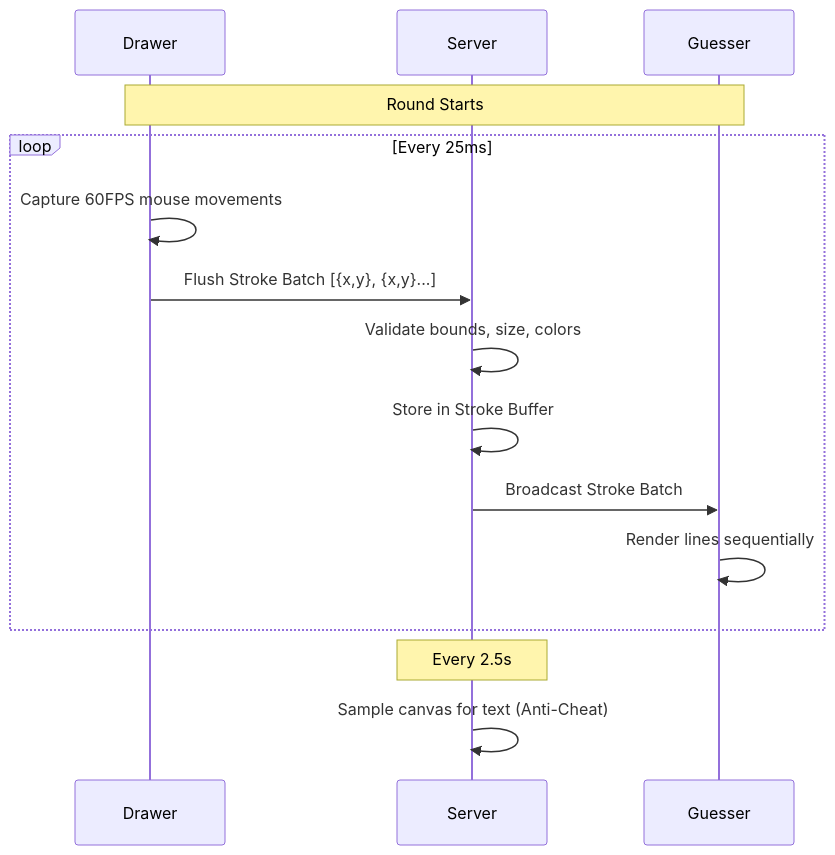
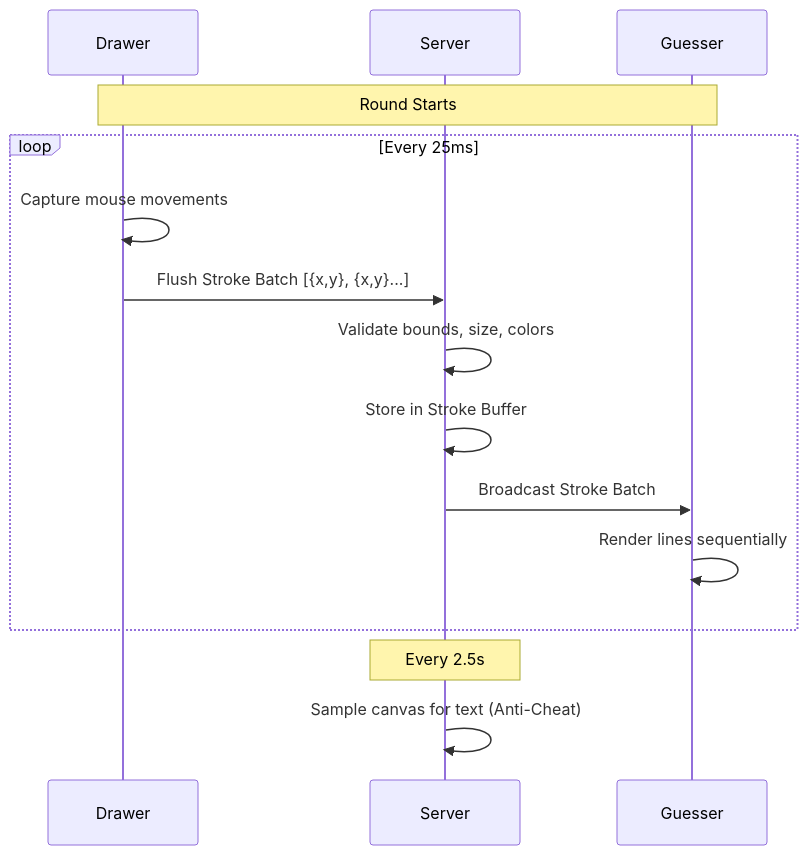
Before and after one commit to mavericaks/Fullstack-Assignment: the second of 2 diagrams in Q1/README.md, drawn with Mermaid. The commit also changed other lines of this file and 2 other files, not shown here.

Commit message:
Task 9: Fix hygiene and reproducibility

````diff
--- a/Q1/README.md
+++ b/Q1/README.md
@@ -89,19 +89,19 @@
 ```mermaid
 sequenceDiagram
     participant D as Drawer
     participant S as Server
     participant G as Guesser
 
     Note over D,G: Round Starts
     loop Every 25ms
-        D->>D: Capture 60FPS mouse movements
+        D->>D: Capture mouse movements
         D->>S: Flush Stroke Batch [{x,y}, {x,y}...]
         S->>S: Validate bounds, size, colors
         S->>S: Store in Stroke Buffer
         S->>G: Broadcast Stroke Batch
         G->>G: Render lines sequentially
     end
     
     Note over S: Every 2.5s
     S->>S: Sample canvas for text (Anti-Cheat)
 ```
````
